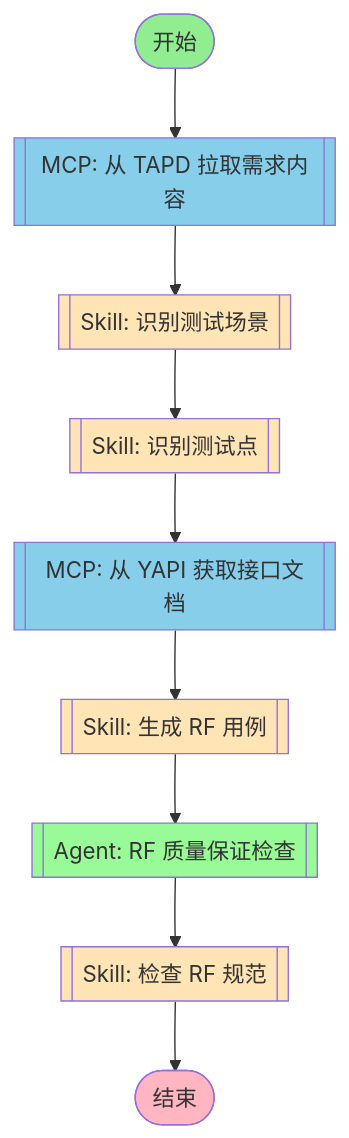
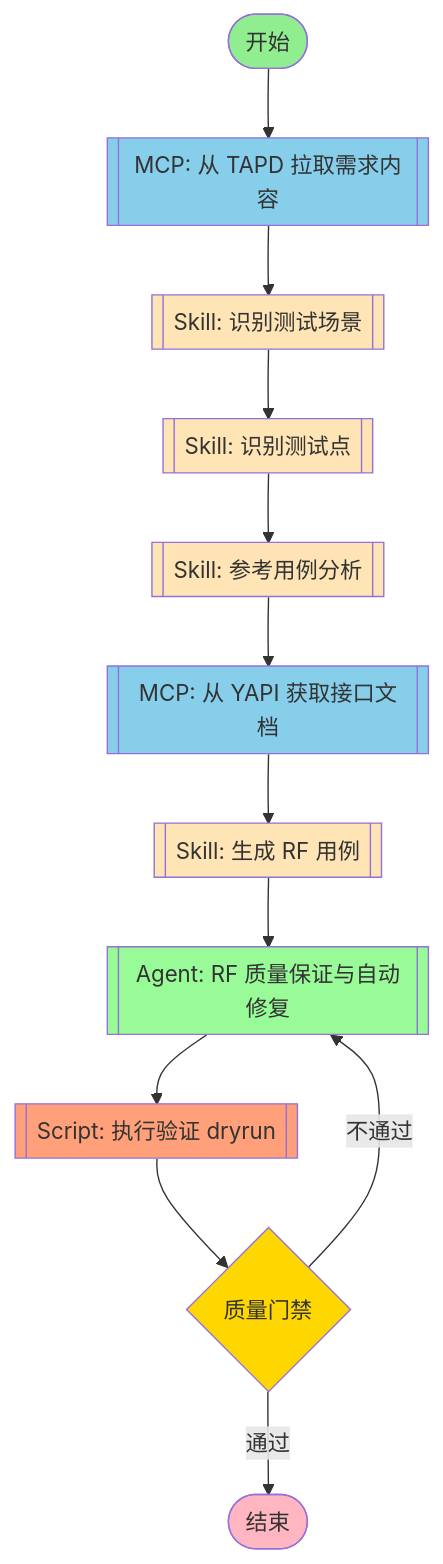
Before and after one commit to JoeyTrribbiani/rf-testing-plugin: the diagram in 05-plugins/rf-testing/workflows/requirement-to-rf.md, drawn with Mermaid. The commit also changed other lines of this file and 24 other files, not shown here.

````diff
--- a/05-plugins/rf-testing/workflows/requirement-to-rf.md
+++ b/05-plugins/rf-testing/workflows/requirement-to-rf.md
@@ -6,32 +6,39 @@
 ```mermaid
 flowchart TD
     start_node([开始])
     end_node([结束])
 
     mcp_fetch[[MCP: 从 TAPD 拉取需求内容]]
     skill_scenario[[Skill: 识别测试场景]]
     skill_points[[Skill: 识别测试点]]
+    skill_reference_analysis[[Skill: 参考用例分析]]
     mcp_yapi[[MCP: 从 YAPI 获取接口文档]]
     skill_generation[[Skill: 生成 RF 用例]]
-    agent_rf_qa[[Agent: RF 质量保证检查]]
-    skill_validation[[Skill: 检查 RF 规范]]
+    agent_rf_qa[[Agent: RF 质量保证与自动修复]]
+    script_validate[[Script: 执行验证 dryrun]]
+    decision_quality{质量门禁}
 
     start_node --> mcp_fetch
     mcp_fetch --> skill_scenario
     skill_scenario --> skill_points
-    skill_points --> mcp_yapi
+    skill_points --> skill_reference_analysis
+    skill_reference_analysis --> mcp_yapi
     mcp_yapi --> skill_generation
     skill_generation --> agent_rf_qa
-    agent_rf_qa --> skill_validation
-    skill_validation --> end_node
+    agent_rf_qa --> script_validate
+    script_validate --> decision_quality
+    decision_quality -->|通过| end_node
+    decision_quality -->|不通过| agent_rf_qa
 
     style start_node fill:#90EE90
     style end_node fill:#FFB6C1
     style mcp_fetch fill:#87CEEB
     style mcp_yapi fill:#87CEEB
     style skill_scenario fill:#FFE4B5
     style skill_points fill:#FFE4B5
+    style skill_reference_analysis fill:#FFE4B5
     style skill_generation fill:#FFE4B5
     style agent_rf_qa fill:#98FB98
-    style skill_validation fill:#FFE4B5
+    style script_validate fill:#FFA07A
+    style decision_quality fill:#FFD700
 ```
````
